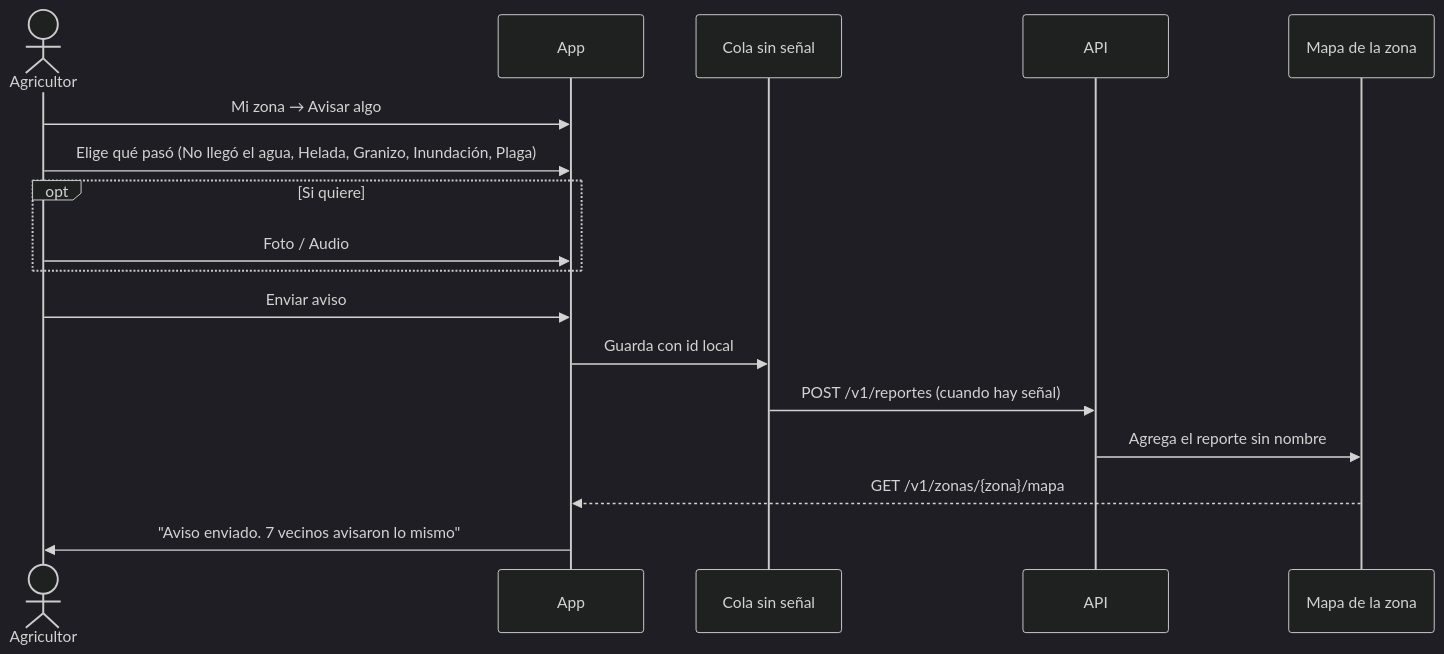
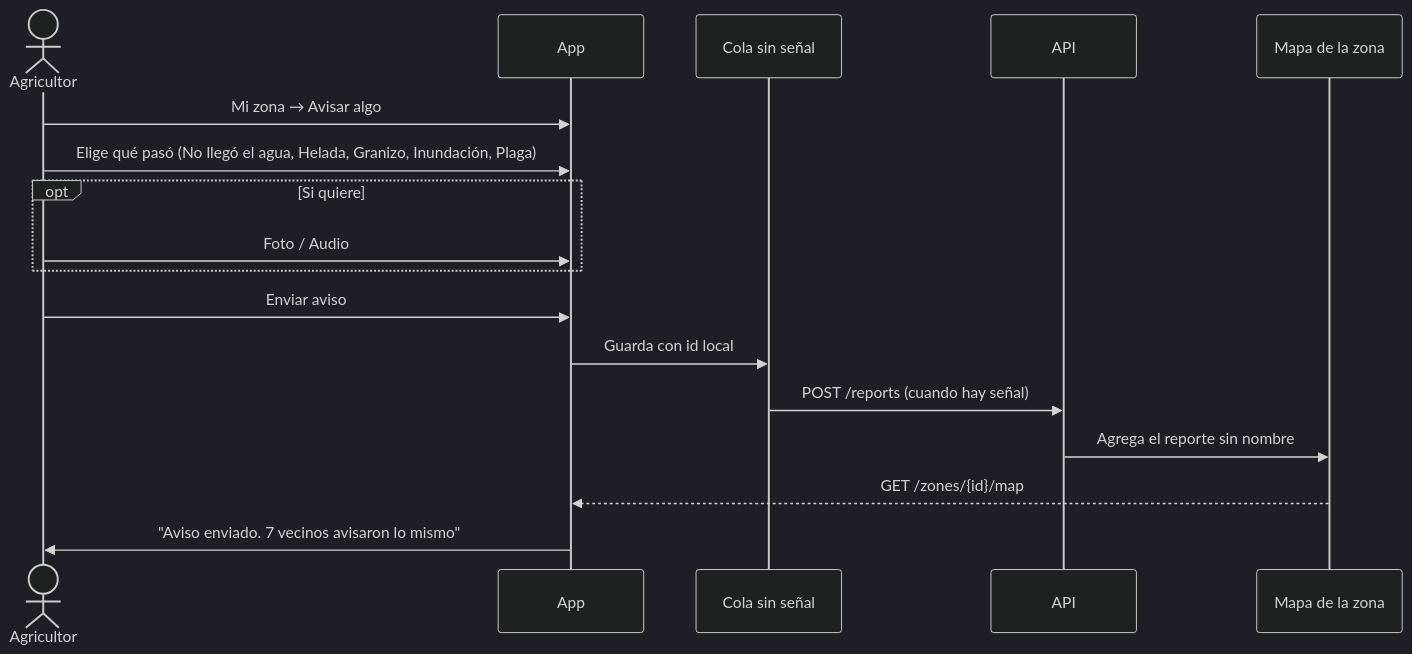
Before and after one commit to willypaz243/field-shift-challenge: the seventh of 9 diagrams in docs/FLUJO-APP.md, drawn with Mermaid (dark theme). The commit also changed other lines of this file and 1 other file, not shown here.

First line of the commit message:
docs: align API contract and flows with backlog and crop catalog

````diff
--- a/docs/FLUJO-APP.md
+++ b/docs/FLUJO-APP.md
@@ -174,20 +174,20 @@
 ```mermaid
 sequenceDiagram
     actor Ag as Agricultor
     participant App
     participant Cola as Cola sin señal
     participant API
     participant Zona as Mapa de la zona
 
     Ag->>App: Mi zona → Avisar algo
     Ag->>App: Elige qué pasó (No llegó el agua, Helada, Granizo, Inundación, Plaga)
     opt Si quiere
         Ag->>App: Foto / Audio
     end
     Ag->>App: Enviar aviso
     App->>Cola: Guarda con id local
-    Cola->>API: POST /v1/reportes (cuando hay señal)
+    Cola->>API: POST /reports (cuando hay señal)
     API->>Zona: Agrega el reporte sin nombre
-    Zona-->>App: GET /v1/zonas/{zona}/mapa
+    Zona-->>App: GET /zones/{id}/map
     App->>Ag: "Aviso enviado. 7 vecinos avisaron lo mismo"
 ```
````
